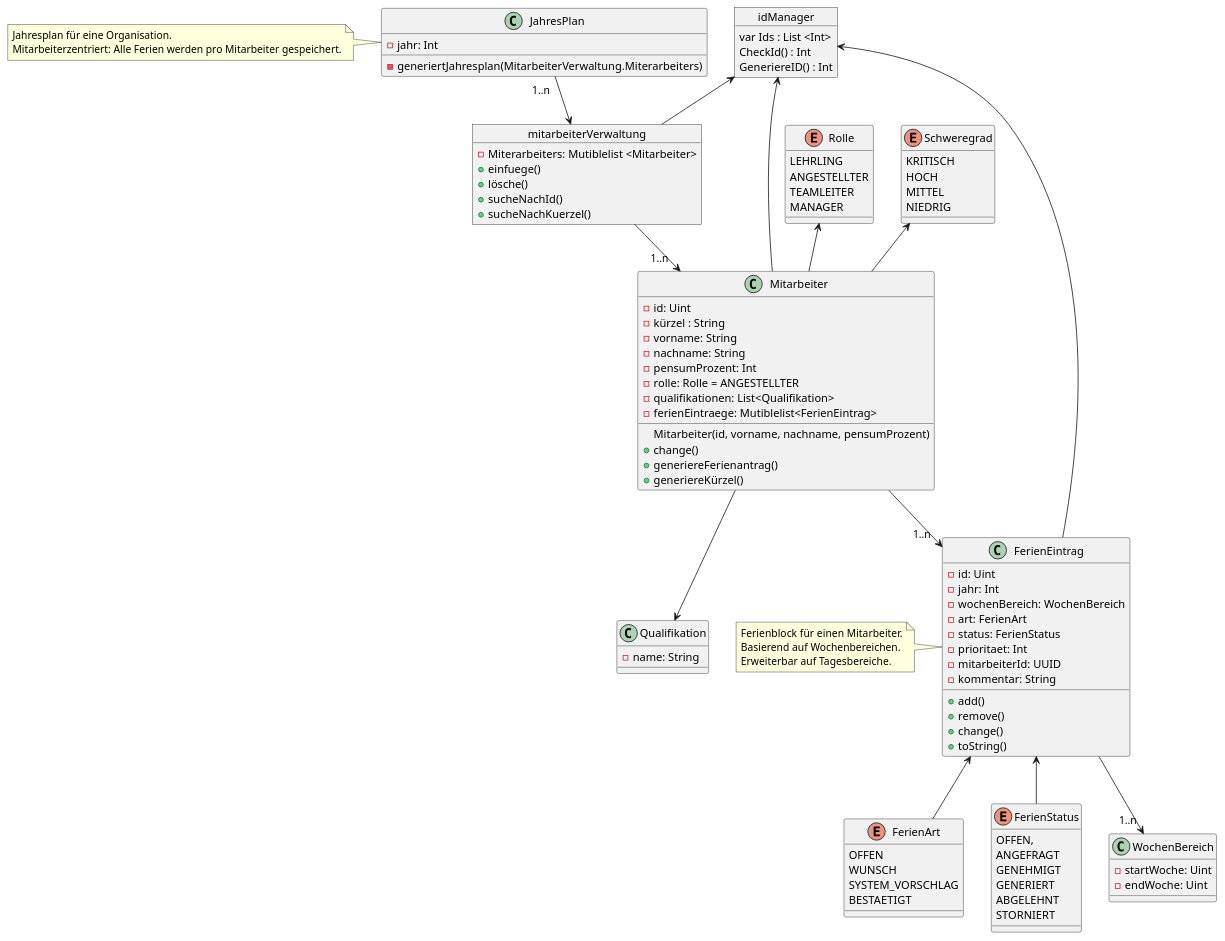
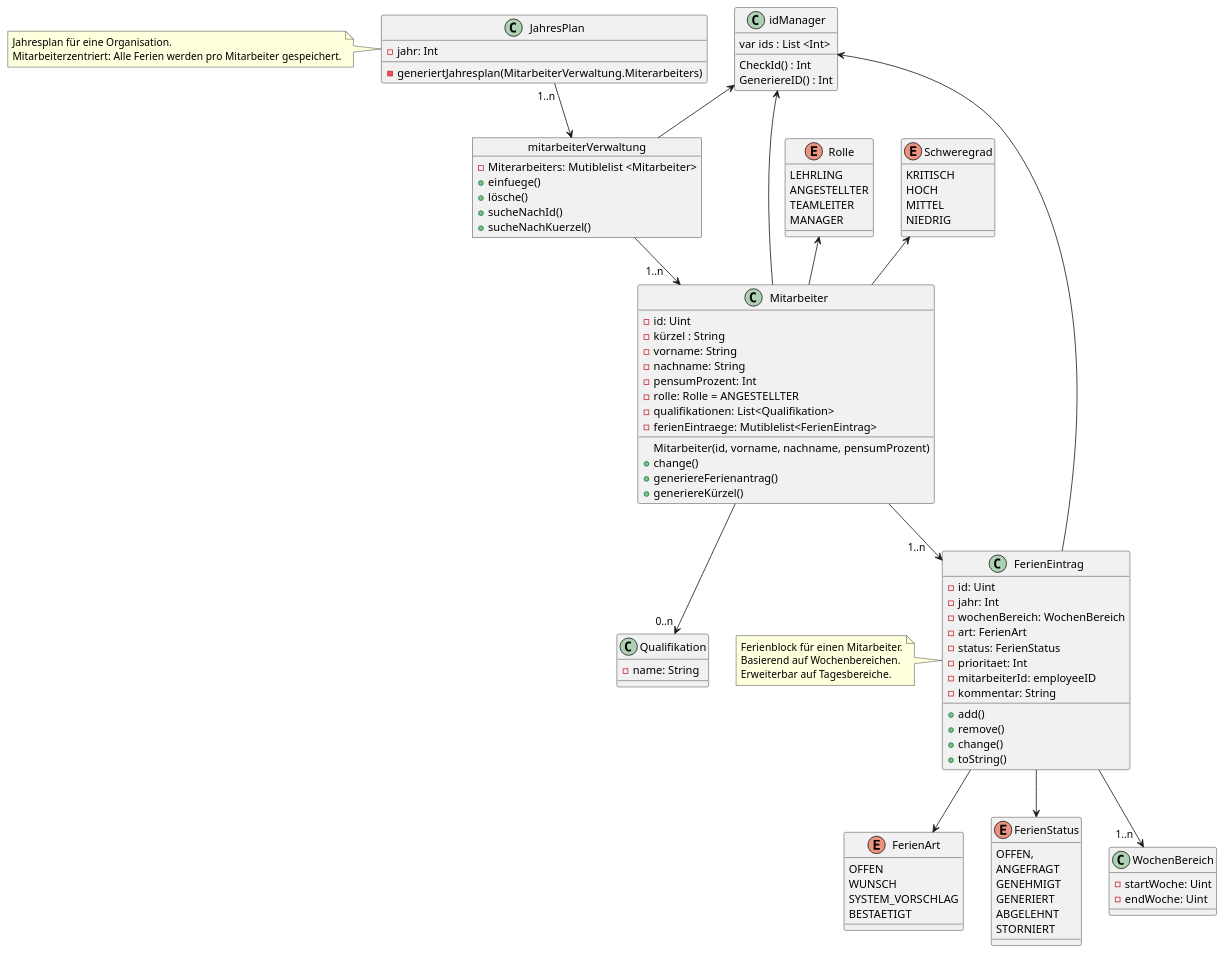
The diagram in 1_Semesterarbeit/Ressourcix/doc/Ressourcix_Struktur_Deutsch_V0.2.puml (TheMorrisino/Semesterarbeiten_NDS_ABBTS), drawn with PlantUML before and after one commit. The commit also changed 3 other files, not shown here.

Commit message:
Klassen Diagramm angepasst 2

```diff
--- a/1_Semesterarbeit/Ressourcix/doc/Ressourcix_Struktur_Deutsch_V0.2.puml
+++ b/1_Semesterarbeit/Ressourcix/doc/Ressourcix_Struktur_Deutsch_V0.2.puml
@@ -1,133 +1,133 @@
 @startuml
 
 ' =========================
 ' Basis-Werteobjekte & Enums
 ' =========================
 enum Rolle {
   LEHRLING
   ANGESTELLTER
   TEAMLEITER
   MANAGER
 }
 
 enum FerienArt {
   OFFEN
   WUNSCH
   SYSTEM_VORSCHLAG
   BESTAETIGT
 }
 
 enum FerienStatus {
   OFFEN,
   ANGEFRAGT
   GENEHMIGT
   GENERIERT
   ABGELEHNT
   STORNIERT
 }
 
 enum Schweregrad {
   KRITISCH
   HOCH
   MITTEL
   NIEDRIG
 }
 
 class Qualifikation {
   - name: String
 }
 
 ' =========================
 ' Kern-Domäne
 ' =========================
 
 
 class JahresPlan {
     - jahr: Int
     - generiertJahresplan(MitarbeiterVerwaltung.Miterarbeiters)
 }
 
 object mitarbeiterVerwaltung{
      - Miterarbeiters: Mutiblelist <Mitarbeiter>
      + einfuege()
      + lösche()
      + sucheNachId()
      + sucheNachKuerzel()
 }
 
 class Mitarbeiter {
   - id: Uint
   - kürzel : String
   - vorname: String
   - nachname: String
   - pensumProzent: Int
   - rolle: Rolle = ANGESTELLTER
   - qualifikationen: List<Qualifikation>
   - ferienEintraege: Mutiblelist<FerienEintrag>
   Mitarbeiter(id, vorname, nachname, pensumProzent)
   + change()
   + generiereFerienantrag()
   + generiereKürzel()
 }
 
 class FerienEintrag {
   - id: Uint
   - jahr: Int
   - wochenBereich: WochenBereich
   - art: FerienArt
   - status: FerienStatus
   - prioritaet: Int
-  - mitarbeiterId: UUID
+  - mitarbeiterId: employeeID
   - kommentar: String
   + add()
   + remove()
   + change()
   + toString()
 }
 
 class WochenBereich {
   - startWoche: Uint
   - endWoche: Uint
 }
 
-object idManager {
-    var Ids : List <Int>
+class idManager {
+    var ids : List <Int>
     CheckId() : Int
     GeneriereID() : Int
 }
 
 ' =========================
 ' Beziehungen
 ' =========================
 
-JahresPlan "1..n  " -->  mitarbeiterVerwaltung
-mitarbeiterVerwaltung --> "1..n  " Mitarbeiter
-Mitarbeiter --> "1..n  "  FerienEintrag
-Mitarbeiter  -->   Qualifikation
-FerienEintrag  --> "1..n "  WochenBereich
+JahresPlan "1..n" -->  mitarbeiterVerwaltung
+mitarbeiterVerwaltung --> "1..n    " Mitarbeiter
+Mitarbeiter --> "1..n    "  FerienEintrag
+Mitarbeiter  --> "0..n "  Qualifikation
+FerienEintrag  --> "1..n  "  WochenBereich
 
 idManager  <--   mitarbeiterVerwaltung
 idManager  <--   FerienEintrag
 idManager  <--   Mitarbeiter
 
 Rolle <-- Mitarbeiter
 Schweregrad <-- Mitarbeiter
 
-FerienEintrag <-- FerienArt
-FerienEintrag <-- FerienStatus
+FerienEintrag --> FerienArt
+FerienEintrag --> FerienStatus
 
 
 note left of JahresPlan
   Jahresplan für eine Organisation.
   Mitarbeiterzentriert: Alle Ferien werden pro Mitarbeiter gespeichert.
 end note
 
 note left of FerienEintrag
   Ferienblock für einen Mitarbeiter.
   Basierend auf Wochenbereichen.
   Erweiterbar auf Tagesbereiche.
 end note
 
 
 
 @enduml
```
